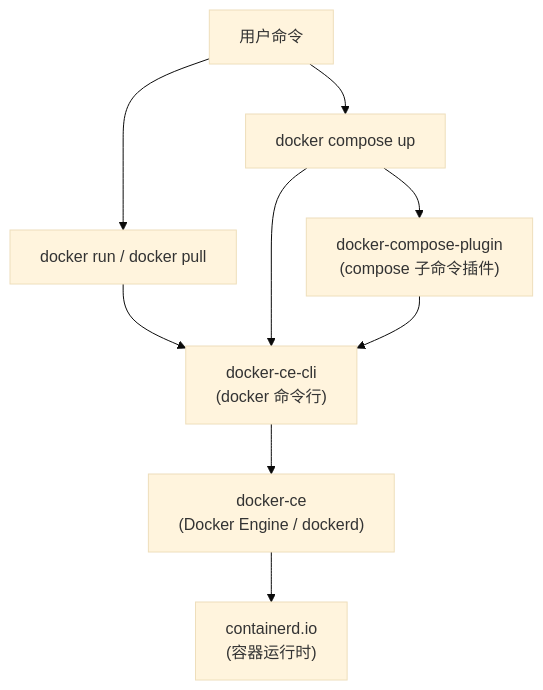
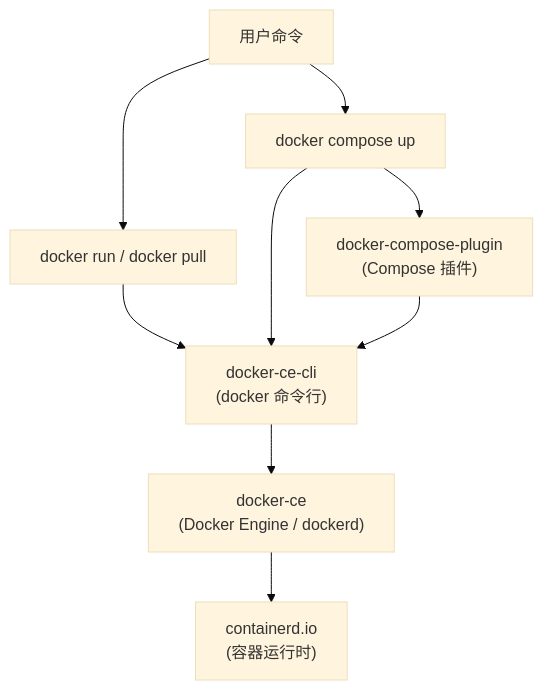
One commit to hwang-protocol/docker_k8s_2026 changed the diagram in docker/docker_2_install/install_docker_ubuntu.md. Above: the diagram before and after it, drawn with Mermaid (base theme). The commit also changed other lines of this file, not shown here.

````diff
--- a/docker/docker_2_install/install_docker_ubuntu.md
+++ b/docker/docker_2_install/install_docker_ubuntu.md
@@ -22,14 +23,14 @@
 ```mermaid
 flowchart TD
   U[用户命令] --> C1["docker run / docker pull"]
   U --> C2["docker compose up"]
 
-  C1 --> CLI["docker-ce-cli\n(docker 命令行)"]
+  C1 --> CLI["docker-ce-cli<br/>(docker 命令行)"]
   C2 --> CLI
 
-  CLI --> CE["docker-ce\n(Docker Engine / dockerd)"]
-  CE --> CTR["containerd.io\n(容器运行时)"]
+  CLI --> CE["docker-ce<br/>(Docker Engine / dockerd)"]
+  CE --> CTR["containerd.io<br/>(容器运行时)"]
 
-  C2 --> PLUGIN["docker-compose-plugin\n(compose 子命令插件)"]
+  C2 --> PLUGIN["docker-compose-plugin<br/>(Compose 插件)"]
   PLUGIN --> CLI
 ```
````
